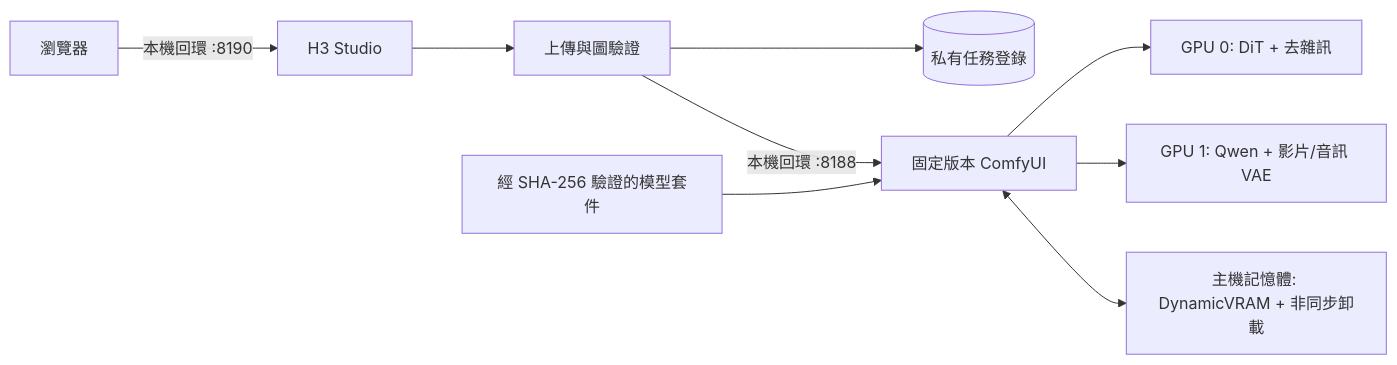
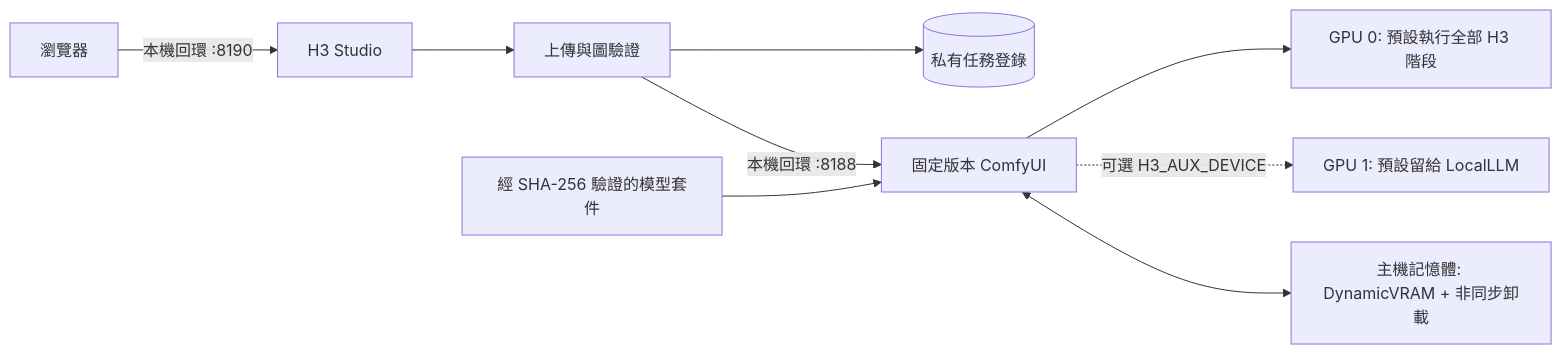
The diagram in i18n/README.zh-Hant.md (lachlanchen/LocalVideoGen), drawn with Mermaid before and after one commit. The commit also changed other lines of this file and 28 other files, not shown here.

````diff
--- a/i18n/README.zh-Hant.md
+++ b/i18n/README.zh-Hant.md
@@ -54,11 +56,12 @@
 ```mermaid
 flowchart LR
     B[瀏覽器] -->|本機回環 :8190| S[H3 Studio]
     S --> V[上傳與圖驗證]
     V --> J[(私有任務登錄)]
     V -->|本機回環 :8188| C[固定版本 ComfyUI]
-    C --> G0[GPU 0: DiT + 去雜訊]
-    C --> G1[GPU 1: Qwen + 影片/音訊 VAE]
+    C --> G0[GPU 0: 預設執行全部 H3 階段]
+    G1[GPU 1: 預設留給 LocalLLM]
+    C -. 可選 H3_AUX_DEVICE .-> G1
     C <--> R[主機記憶體: DynamicVRAM + 非同步卸載]
     M[經 SHA-256 驗證的模型套件] --> C
 ```
````
